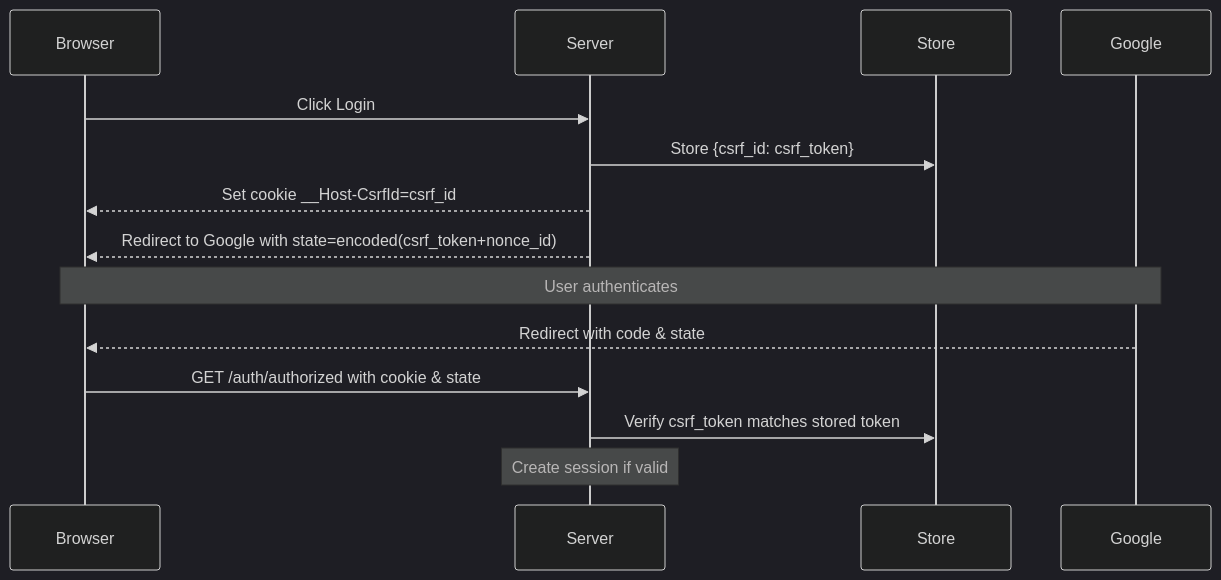
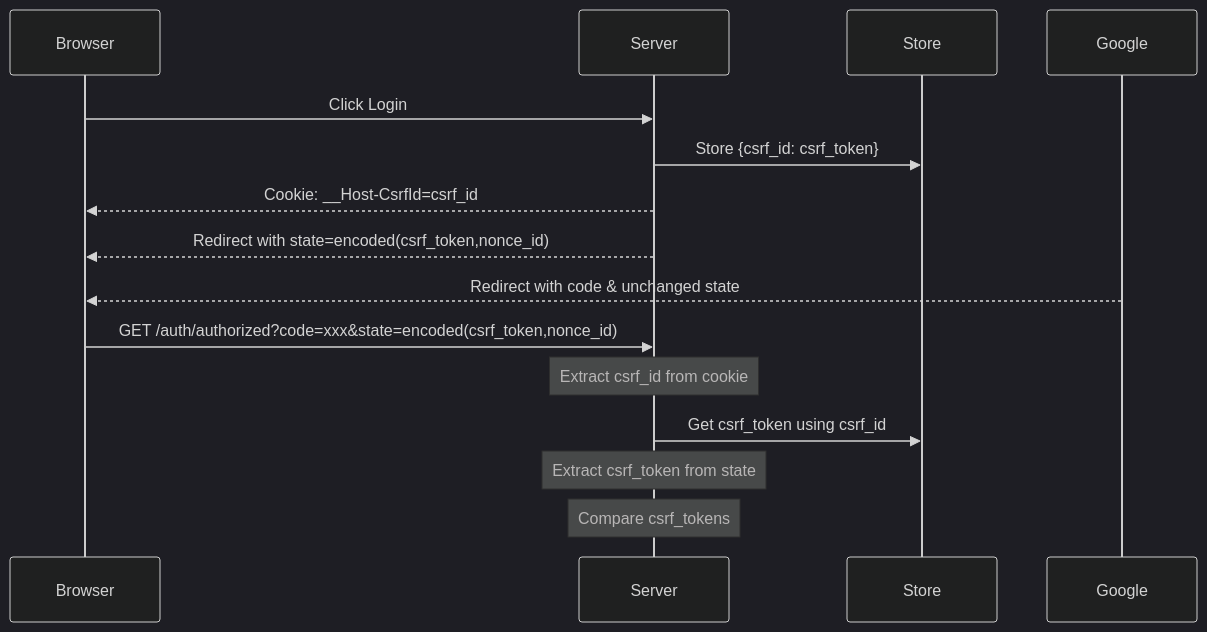
One commit to ktaka-ccmp/ktaka.blog.ccmp.jp changed the third of 4 diagrams in 2024/Axum-Google-OAuth2-Login/Readme.en.md. Above: the diagram before and after it, drawn with Mermaid (dark theme). The commit also changed other lines of this file, not shown here.

````diff
--- a/2024/Axum-Google-OAuth2-Login/Readme.en.md
+++ b/2024/Axum-Google-OAuth2-Login/Readme.en.md
@@ -323,17 +320,18 @@
 ```mermaid
 sequenceDiagram
     participant Browser
     participant Server
     participant Store
     participant Google
 
     Browser->>Server: Click Login
     Server->>Store: Store {csrf_id: csrf_token}
-    Server-->>Browser: Set cookie __Host-CsrfId=csrf_id
-    Server-->>Browser: Redirect to Google with state=encoded(csrf_token+nonce_id)
-    Note over Browser,Google: User authenticates
-    Google-->>Browser: Redirect with code & state
-    Browser->>Server: GET /auth/authorized with cookie & state
-    Server->>Store: Verify csrf_token matches stored token
-    Note over Server: Create session if valid
+    Server-->>Browser: Cookie: __Host-CsrfId=csrf_id
+    Server-->>Browser: Redirect with state=encoded(csrf_token,nonce_id)
+    Google-->>Browser: Redirect with code & unchanged state
+    Browser->>Server: GET /auth/authorized?code=xxx&state=encoded(csrf_token,nonce_id)
+    Note over Server: Extract csrf_id from cookie
+    Server->>Store: Get csrf_token using csrf_id
+    Note over Server: Extract csrf_token from state
+    Note over Server: Compare csrf_tokens
 ```
````
